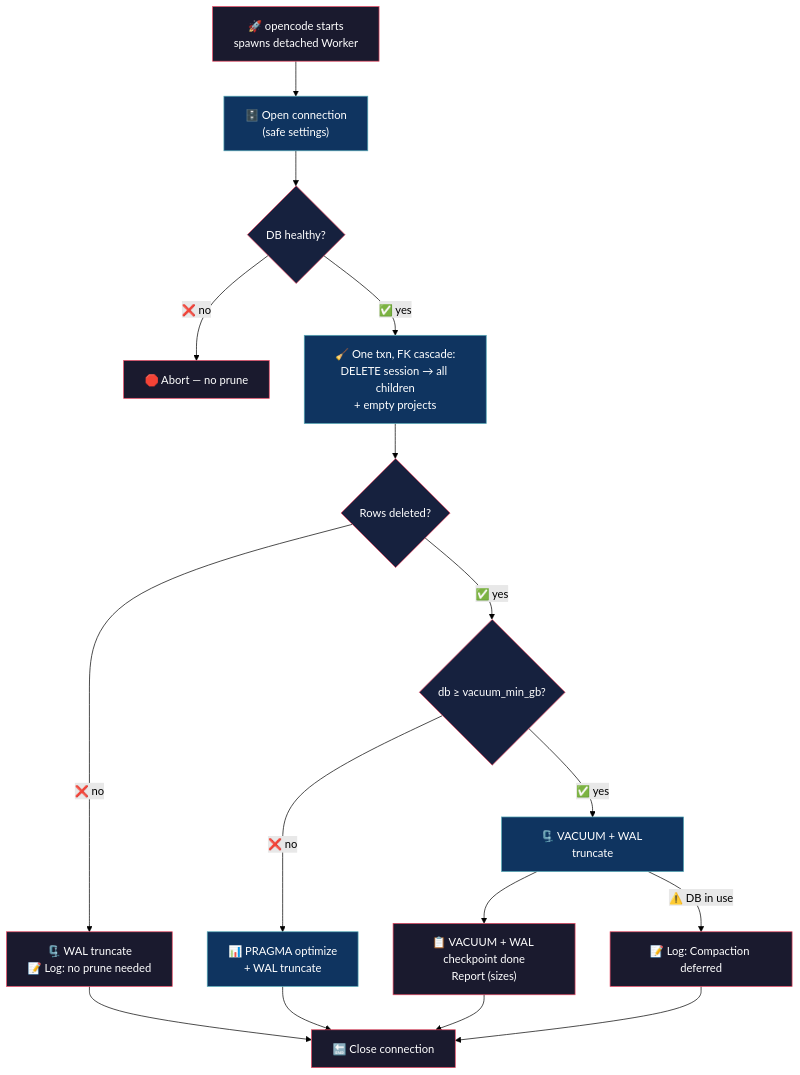
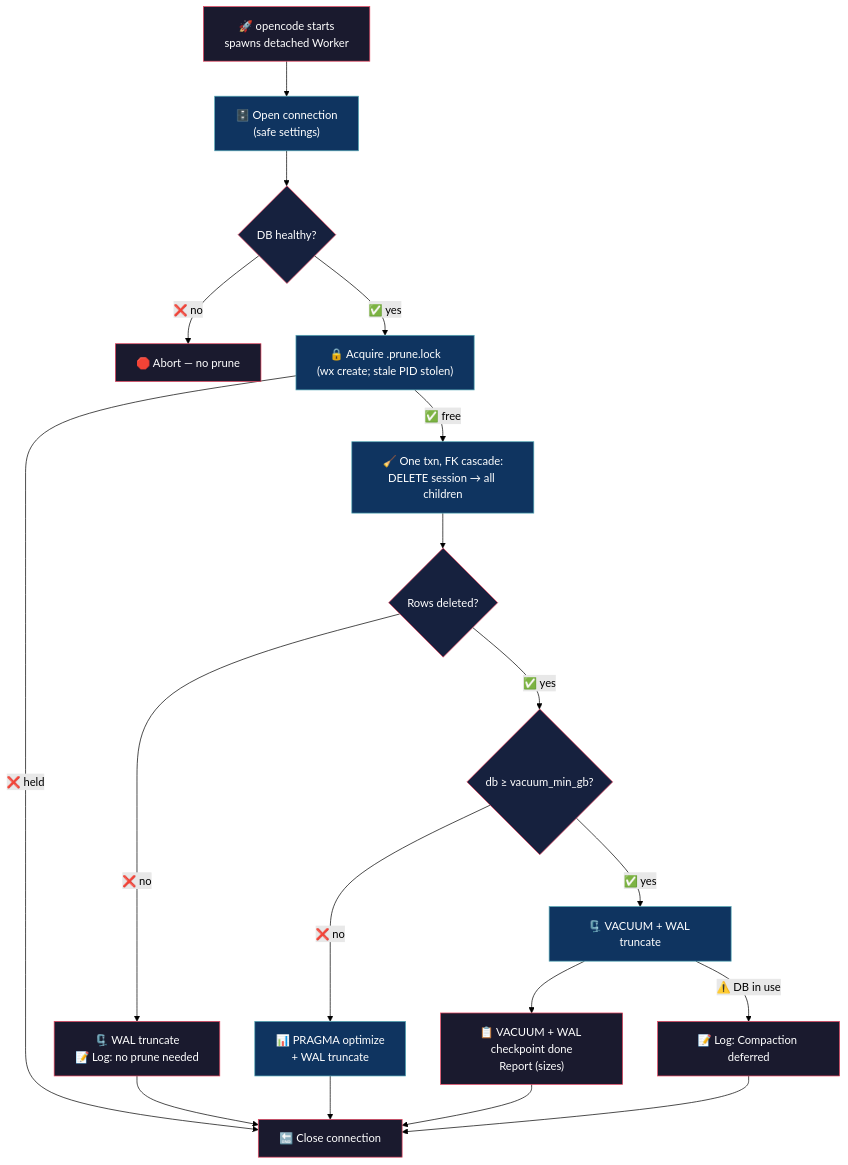
The diagram in README.md (alejo54dev/opencode-db-prunetor), drawn with Mermaid (forest theme) before and after one commit. The commit also changed other lines of this file, not shown here.

````diff
--- a/README.md
+++ b/README.md
@@ -31,33 +31,36 @@
 ```mermaid
 flowchart TD
     A["🚀 opencode starts<br/>spawns detached Worker"]
     A --> B["🗄️ Open connection<br/>(safe settings)"]
     B --> C{"DB healthy?"}
     C -->|"❌ no"| Z["🛑 Abort — no prune"]
-    C -->|"✅ yes"| G["🧹 One txn, FK cascade:<br/>DELETE session → all children<br/>+ empty projects"]
+    C -->|"✅ yes"| L["🔒 Acquire .prune.lock<br/>(wx create; stale PID stolen)"]
+    L -->|"❌ held"| K
+    L -->|"✅ free"| G["🧹 One txn, FK cascade:<br/>DELETE session → all children"]
     G --> E{"Rows deleted?"}
     E -->|"❌ no"| R["🗜️ WAL truncate<br/>📝 Log: no prune needed"]
     R --> K
     E -->|"✅ yes"| H{"db ≥ vacuum_min_gb?"}
     H -->|"❌ no"| O["📊 PRAGMA optimize<br/>+ WAL truncate"]
     H -->|"✅ yes"| M["🗜️ VACUUM + WAL truncate"]
     M --> J["📋 VACUUM + WAL checkpoint done<br/>Report (sizes)"]
     M -->|"⚠️ DB in use"| D["📝 Log: Compaction deferred"]
     O --> K
     J --> K["🔚 Close connection"]
     D --> K
 
     style A fill:#1a1a2e,stroke:#e94560,color:#fff
     style B fill:#0f3460,stroke:#53a8b6,color:#fff
     style C fill:#16213e,stroke:#e94560,color:#fff
     style E fill:#16213e,stroke:#e94560,color:#fff
     style G fill:#0f3460,stroke:#53a8b6,color:#fff
     style H fill:#16213e,stroke:#e94560,color:#fff
     style O fill:#0f3460,stroke:#53a8b6,color:#fff
     style M fill:#0f3460,stroke:#53a8b6,color:#fff
     style J fill:#1a1a2e,stroke:#e94560,color:#fff
     style D fill:#1a1a2e,stroke:#e94560,color:#fff
     style K fill:#1a1a2e,stroke:#e94560,color:#fff
     style R fill:#1a1a2e,stroke:#e94560,color:#fff
     style Z fill:#1a1a2e,stroke:#e94560,color:#fff
+    style L fill:#0f3460,stroke:#53a8b6,color:#fff
 ```
````
